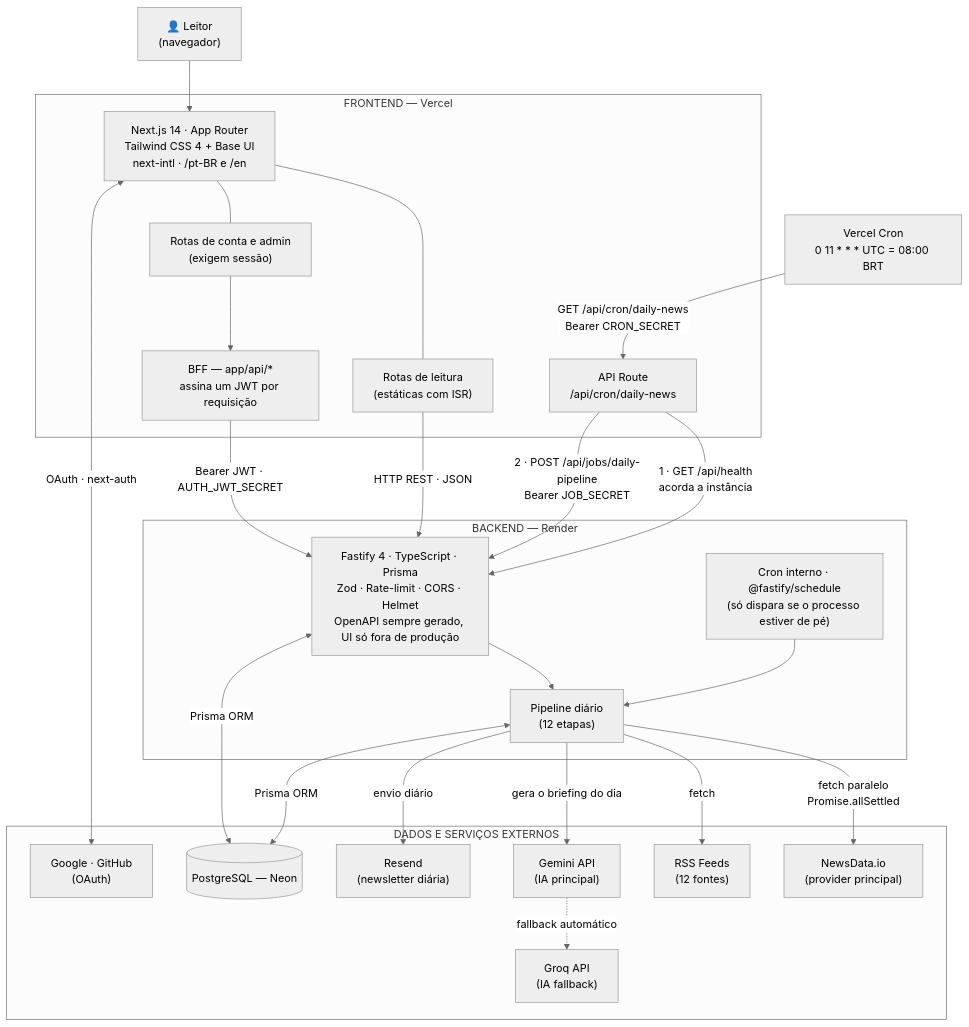
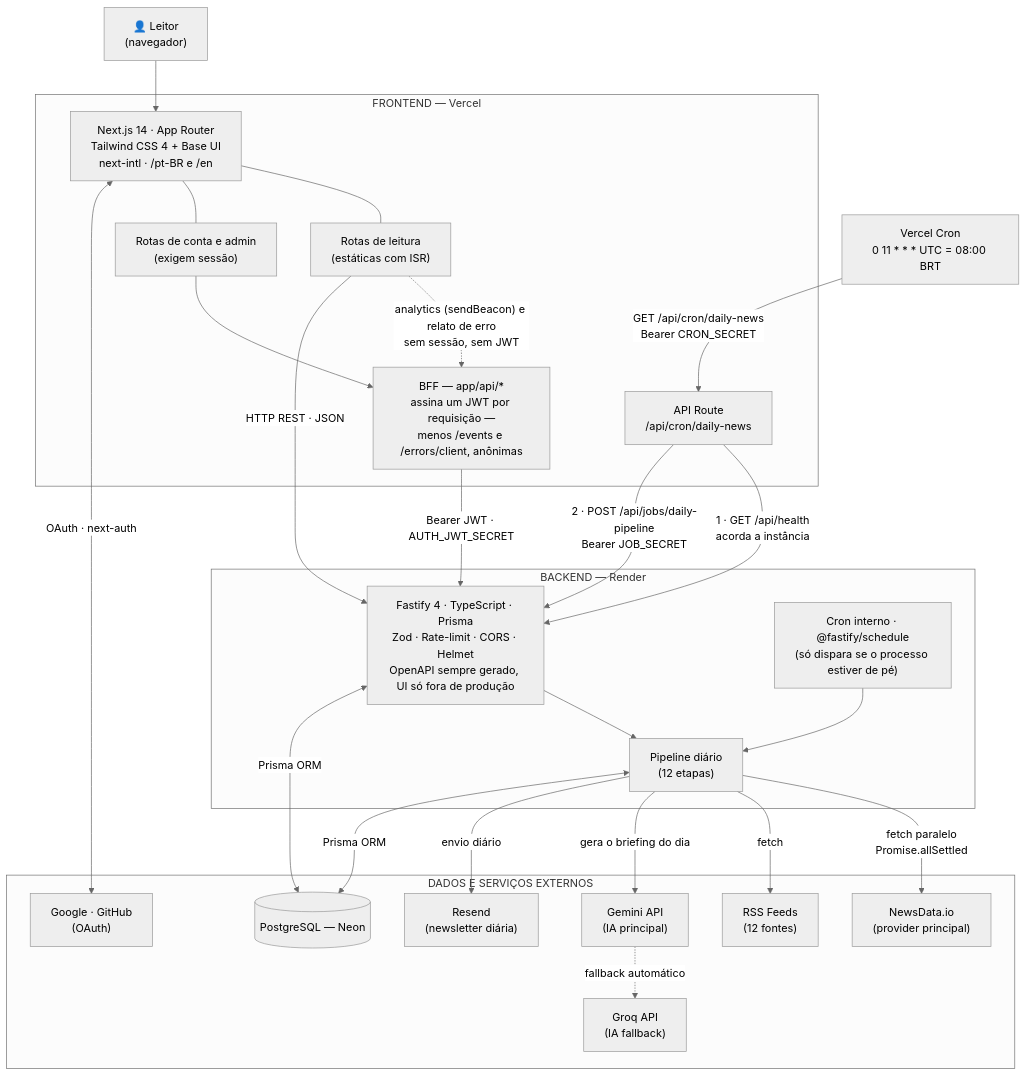
The diagram in docs/diagrams/system-architecture.mermaid (tavinholoco/newra-news), drawn with Mermaid (neutral theme) before and after one commit. The commit also changed 4 other files, not shown here.

```diff
--- a/docs/diagrams/system-architecture.mermaid
+++ b/docs/diagrams/system-architecture.mermaid
@@ -1,58 +1,59 @@
 %% Diagrama de Arquitetura do Sistema — Newra News
 %% ---
 %% Atualizado em 01/09/2026, depois das Fases 0–12 da V2. Este é o mapa de
 %% caixas grandes: o detalhe das rotas do frontend está em
 %% `frontend-routes.mermaid`, o da sessão em `auth-flow.mermaid`, e o do
 %% pipeline em `pipeline-sequence.mermaid`.
 %% ---
 %% **Não há keep-alive.** A API dorme no plano free do Render com ~15 min sem
 %% tráfego, e isso é decisão medida desde 01/09/2026 — quem precisa dela quente
 %% acorda antes de chamar (é o que o passo 1 do cron faz). Ver `docs/setup.md`.
 flowchart TB
     U["👤 Leitor<br/>(navegador)"]
 
     subgraph Frontend["FRONTEND — Vercel"]
         W["Next.js 14 · App Router<br/>Tailwind CSS 4 + Base UI<br/>next-intl · /pt-BR e /en"]
         PUB["Rotas de leitura<br/>(estáticas com ISR)"]
         PRIV["Rotas de conta e admin<br/>(exigem sessão)"]
-        BFF["BFF — app/api/*<br/>assina um JWT por requisição"]
+        BFF["BFF — app/api/*<br/>assina um JWT por requisição —<br/>menos /events e /errors/client, anônimas"]
         CR["API Route<br/>/api/cron/daily-news"]
         W --- PUB
         W --- PRIV
         PRIV --> BFF
+        PUB -.->|"analytics (sendBeacon) e relato de erro<br/>sem sessão, sem JWT"| BFF
     end
 
     subgraph Backend["BACKEND — Render"]
         API["Fastify 4 · TypeScript · Prisma<br/>Zod · Rate-limit · CORS · Helmet<br/>OpenAPI sempre gerado, UI só fora de produção"]
         PL["Pipeline diário<br/>(12 etapas)"]
         JOBS["Cron interno · @fastify/schedule<br/>(só dispara se o processo estiver de pé)"]
         API --> PL
         JOBS --> PL
     end
 
     subgraph Data["DADOS E SERVIÇOS EXTERNOS"]
         DB[("PostgreSQL — Neon")]
         ND["NewsData.io<br/>(provider principal)"]
         RSS["RSS Feeds<br/>(12 fontes)"]
         GEM["Gemini API<br/>(IA principal)"]
         GROQ["Groq API<br/>(IA fallback)"]
         RES["Resend<br/>(newsletter diária)"]
         OA["Google · GitHub<br/>(OAuth)"]
     end
 
     U --> W
     VC["Vercel Cron<br/>0 11 * * * UTC = 08:00 BRT"] -->|"GET /api/cron/daily-news<br/>Bearer CRON_SECRET"| CR
     CR -->|"1 · GET /api/health<br/>acorda a instância"| API
     CR -->|"2 · POST /api/jobs/daily-pipeline<br/>Bearer JOB_SECRET"| API
 
     PUB -->|"HTTP REST · JSON"| API
     BFF -->|"Bearer JWT · AUTH_JWT_SECRET"| API
     W <-->|"OAuth · next-auth"| OA
 
     PL -->|"fetch paralelo<br/>Promise.allSettled"| ND
     PL -->|"fetch"| RSS
     PL -->|"gera o briefing do dia"| GEM
     GEM -.->|"fallback automático"| GROQ
     PL -->|"envio diário"| RES
     PL <-->|"Prisma ORM"| DB
     API <-->|"Prisma ORM"| DB
```
